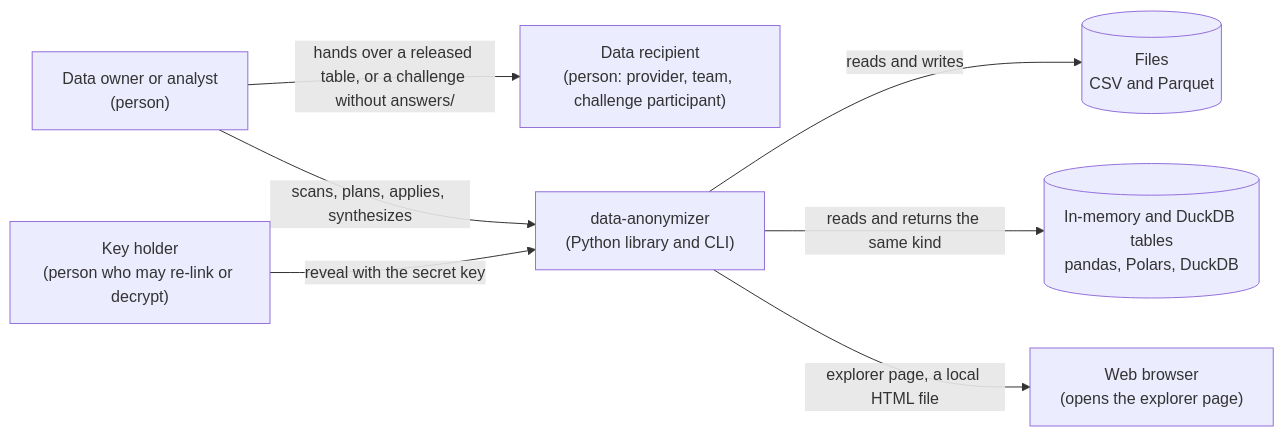
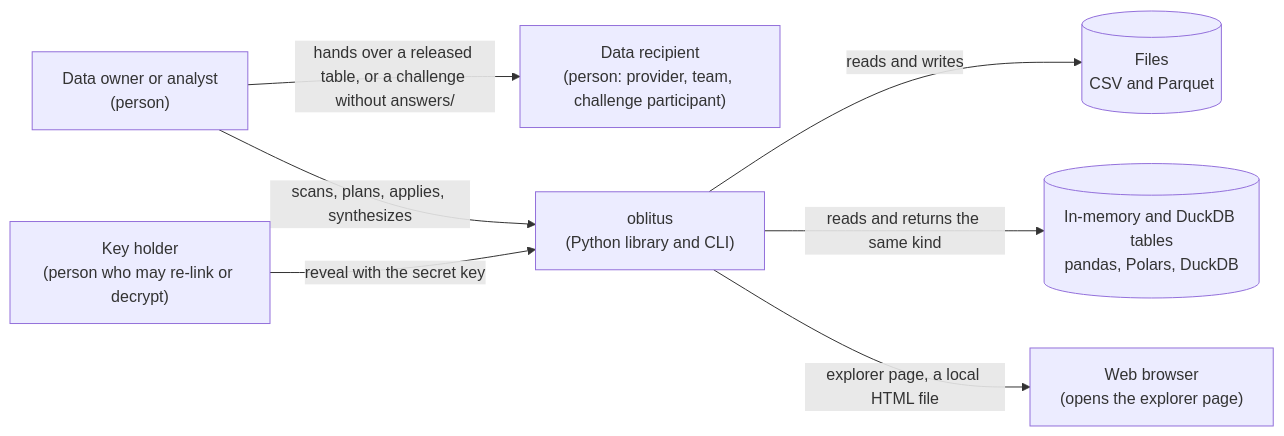
Before and after one commit to rmonteiro-pereira/data-anonymizer: the first of 4 diagrams in ARCHITECTURE.md, drawn with Mermaid. The commit also changed other lines of this file and 167 other files, not shown here.

````diff
--- a/ARCHITECTURE.md
+++ b/ARCHITECTURE.md
@@ -35,17 +35,17 @@
 ```mermaid
 flowchart LR
   owner["Data owner or analyst<br/>(person)"]
   recipient["Data recipient<br/>(person: provider, team, challenge participant)"]
   keyholder["Key holder<br/>(person who may re-link or decrypt)"]
-  system["data-anonymizer<br/>(Python library and CLI)"]
+  system["oblitus<br/>(Python library and CLI)"]
   files[("Files<br/>CSV and Parquet")]
   frames[("In-memory and DuckDB tables<br/>pandas, Polars, DuckDB")]
   browser["Web browser<br/>(opens the explorer page)"]
 
   owner -->|"scans, plans, applies, synthesizes"| system
   system -->|"reads and writes"| files
   system -->|"reads and returns the same kind"| frames
   owner -->|"hands over a released table, or a challenge without answers/"| recipient
   system -->|"explorer page, a local HTML file"| browser
   keyholder -->|"reveal with the secret key"| system
 ```
````
